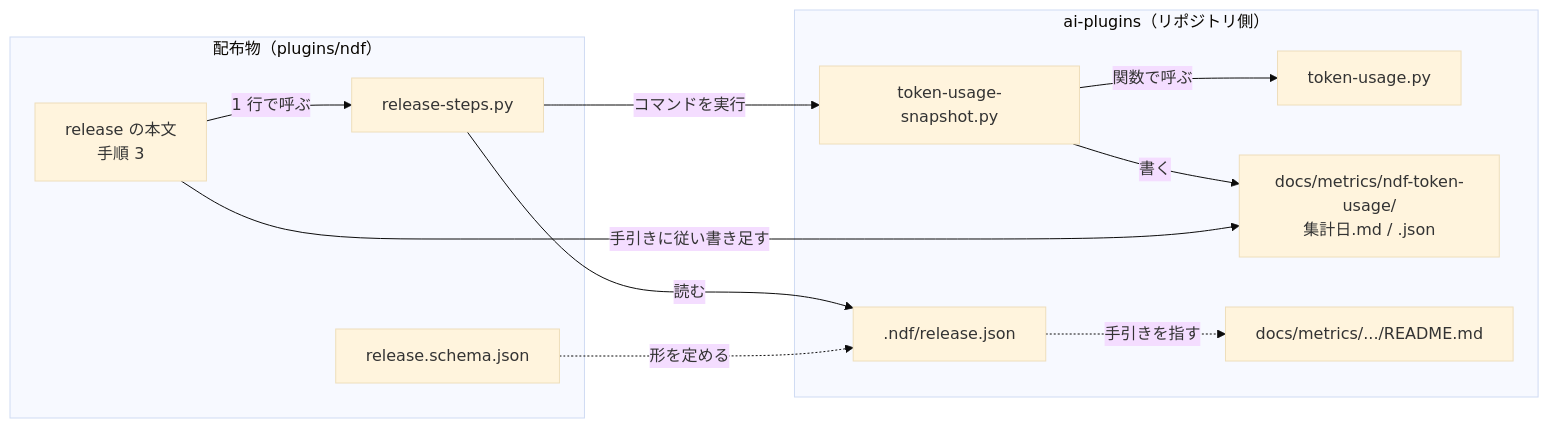
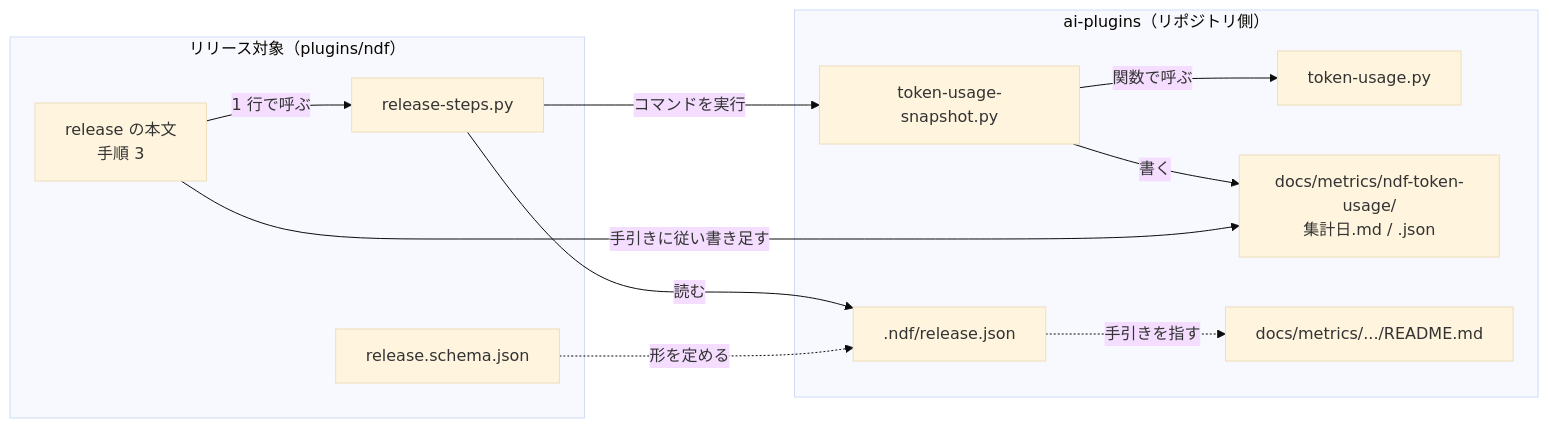
One commit to devbasex/ai-plugins changed the first of 2 diagrams in docs/specifications/ndf-release-steps-and-token-usage-snapshot.md. Above: the diagram before and after it, drawn with Mermaid (base theme). The commit also changed other lines of this file and 79 other files, not shown here.

````diff
--- a/docs/specifications/ndf-release-steps-and-token-usage-snapshot.md
+++ b/docs/specifications/ndf-release-steps-and-token-usage-snapshot.md
@@ -70,23 +70,23 @@
 ```mermaid
 graph LR
-    subgraph ndf["配布物（plugins/ndf）"]
+    subgraph ndf["リリース対象（plugins/ndf）"]
         SK["release の本文<br/>手順 3"]
         RS["release-steps.py"]
         SC["release.schema.json"]
     end
     subgraph repo["ai-plugins（リポジトリ側）"]
         DECL[".ndf/release.json"]
         SNAP["token-usage-snapshot.py"]
         TU["token-usage.py"]
         OUT["docs/metrics/ndf-token-usage/<br/>集計日.md / .json"]
         GUIDE["docs/metrics/.../README.md"]
     end
     SK -->|1 行で呼ぶ| RS
     RS -->|読む| DECL
     SC -.->|形を定める| DECL
     RS -->|コマンドを実行| SNAP
     SNAP -->|関数で呼ぶ| TU
     SNAP -->|書く| OUT
     DECL -.->|手引きを指す| GUIDE
     SK -->|手引きに従い書き足す| OUT
 ```
````
